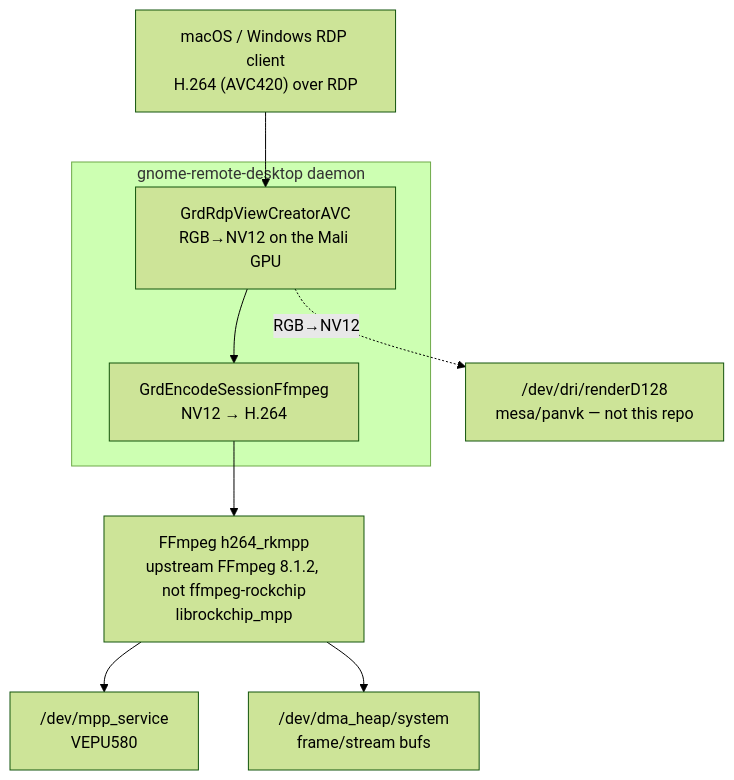
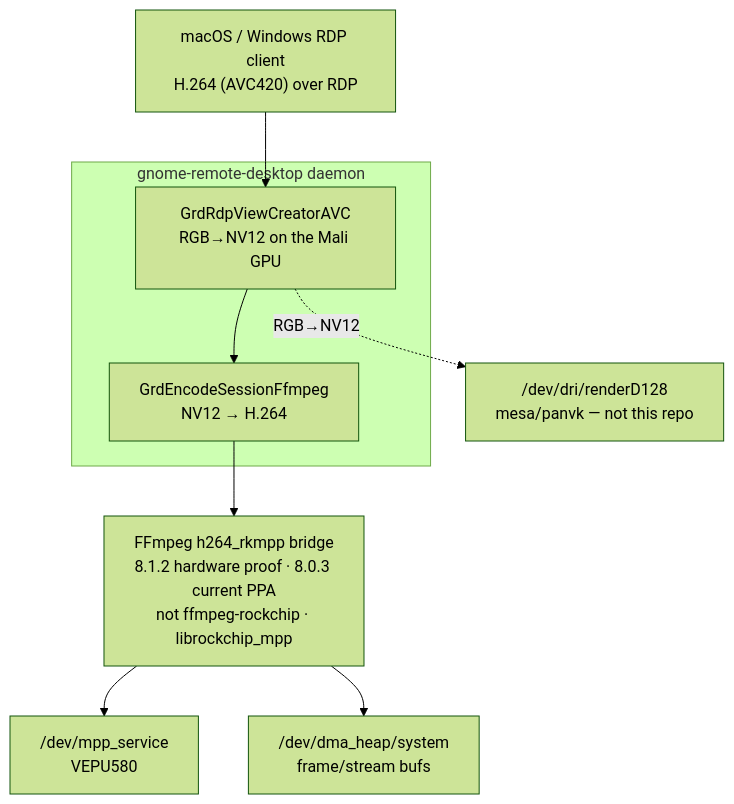
Before and after one commit to yisding/rock-5b-ysp: the diagram in apps/gnome-remote-desktop/README.md, drawn with Mermaid (forest theme). The commit also changed other lines of this file and 23 other files, not shown here.

````diff
--- a/apps/gnome-remote-desktop/README.md
+++ b/apps/gnome-remote-desktop/README.md
@@ -55,19 +55,19 @@
 ```mermaid
 flowchart TB
   client["macOS / Windows RDP client<br/>H.264 (AVC420) over RDP"]
   view["GrdRdpViewCreatorAVC<br/>RGB→NV12 on the Mali GPU"]
   enc["GrdEncodeSessionFfmpeg<br/>NV12 → H.264"]
   gpu["/dev/dri/renderD128<br/>mesa/panvk — not this repo"]
-  ffmpeg["FFmpeg h264_rkmpp<br/>upstream FFmpeg 8.1.2, not ffmpeg-rockchip<br/>librockchip_mpp"]
+  ffmpeg["FFmpeg h264_rkmpp bridge<br/>8.1.2 hardware proof · 8.0.3 current PPA<br/>not ffmpeg-rockchip · librockchip_mpp"]
   mpp["/dev/mpp_service<br/>VEPU580"]
   heap["/dev/dma_heap/system<br/>frame/stream bufs"]
 
   client --> view
   subgraph grd["gnome-remote-desktop daemon"]
     view --> enc
   end
   view -. RGB→NV12 .-> gpu
   enc --> ffmpeg
   ffmpeg --> mpp
   ffmpeg --> heap
 ```
````
